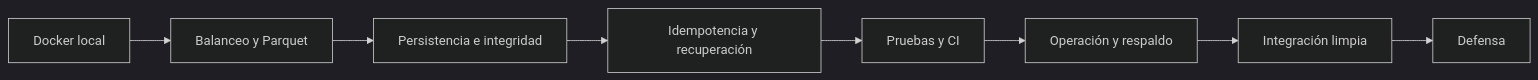
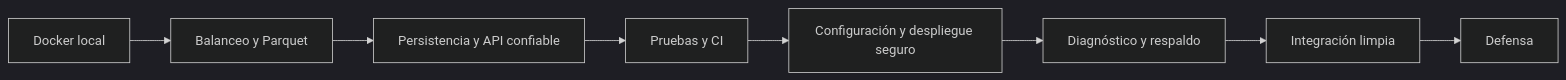
One commit to eshernan/informatica-i-arquitectura-ia changed the second of 2 diagrams in docs/RUTA_CONTENEDORES.md. Above: the diagram before and after it, drawn with Mermaid (dark theme). The commit also changed other lines of this file and 27 other files, not shown here.

````diff
--- a/docs/RUTA_CONTENEDORES.md
+++ b/docs/RUTA_CONTENEDORES.md
@@ -36,10 +38,10 @@
 ```mermaid
 flowchart LR
   S9[Docker local] --> S10[Balanceo y Parquet]
-  S10 --> S11[Persistencia e integridad]
-  S11 --> S12[Idempotencia y recuperación]
-  S12 --> S13[Pruebas y CI]
-  S13 --> S14[Operación y respaldo]
+  S10 --> S11[Persistencia y API confiable]
+  S11 --> S12[Pruebas y CI]
+  S12 --> S13[Configuración y despliegue seguro]
+  S13 --> S14[Diagnóstico y respaldo]
   S14 --> S15[Integración limpia]
   S15 --> S16[Defensa]
 ```
````
